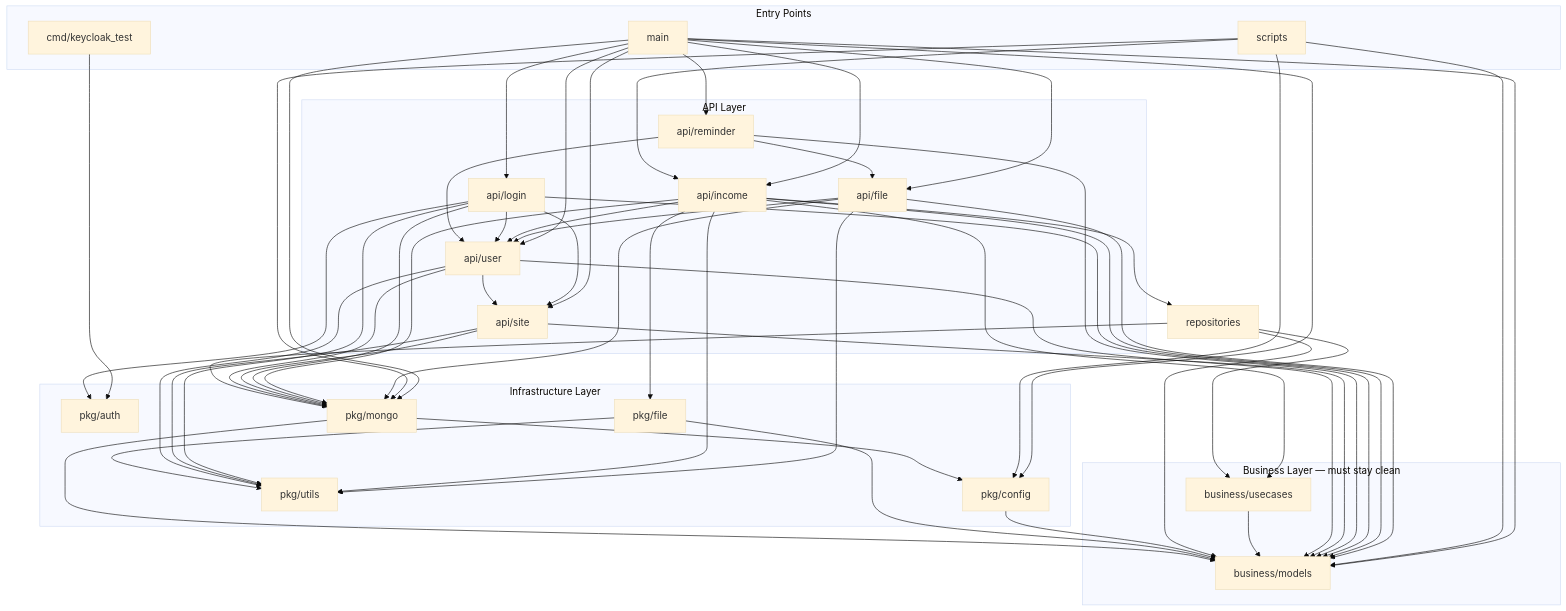
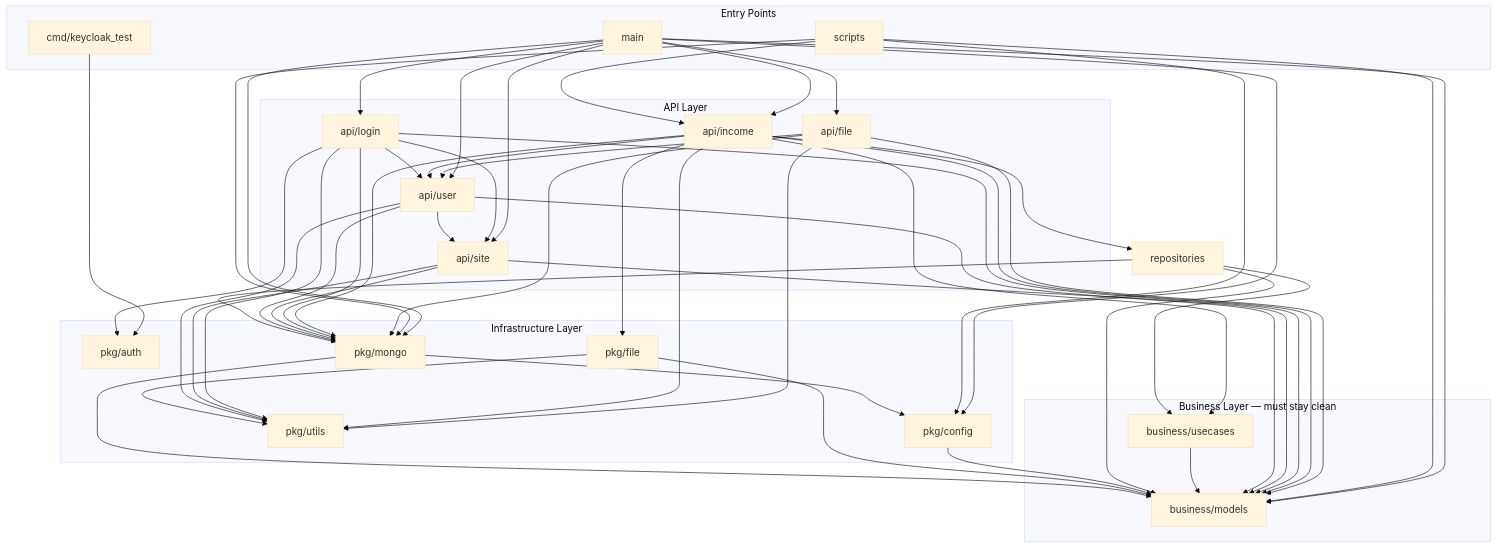
The diagram in docs/adr/0001-clean-architecture-dependency-rule.md (oddsteam/api.odds-worklog), drawn with Mermaid (base theme) before and after one commit. The commit also changed other lines of this file and 7 other files, not shown here.

```diff
--- a/docs/adr/0001-clean-architecture-dependency-rule.md
+++ b/docs/adr/0001-clean-architecture-dependency-rule.md
@@ -43,7 +43,6 @@
         api_file["api/file"]
         api_income["api/income"]
         api_login["api/login"]
-        api_reminder["api/reminder"]
         api_site["api/site"]
         api_user["api/user"]
     end
@@ -66,7 +65,6 @@
     main --> api_file
     main --> api_income
     main --> api_login
-    main --> api_reminder
     main --> api_site
     main --> api_user
     main --> biz_models
@@ -100,10 +98,6 @@
     api_login --> pkg_mongo
     api_login --> pkg_utils
 
-    api_reminder --> api_file
-    api_reminder --> api_user
-    api_reminder --> biz_models
-
     api_site --> biz_models
     api_site --> pkg_mongo
     api_site --> pkg_utils
```
